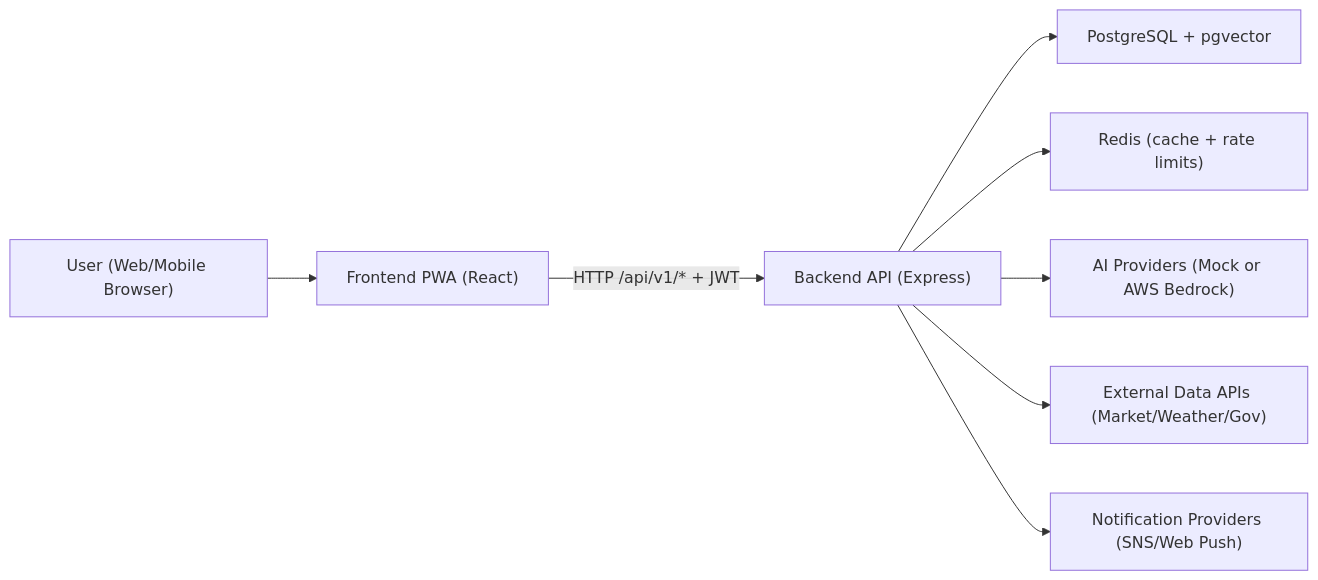
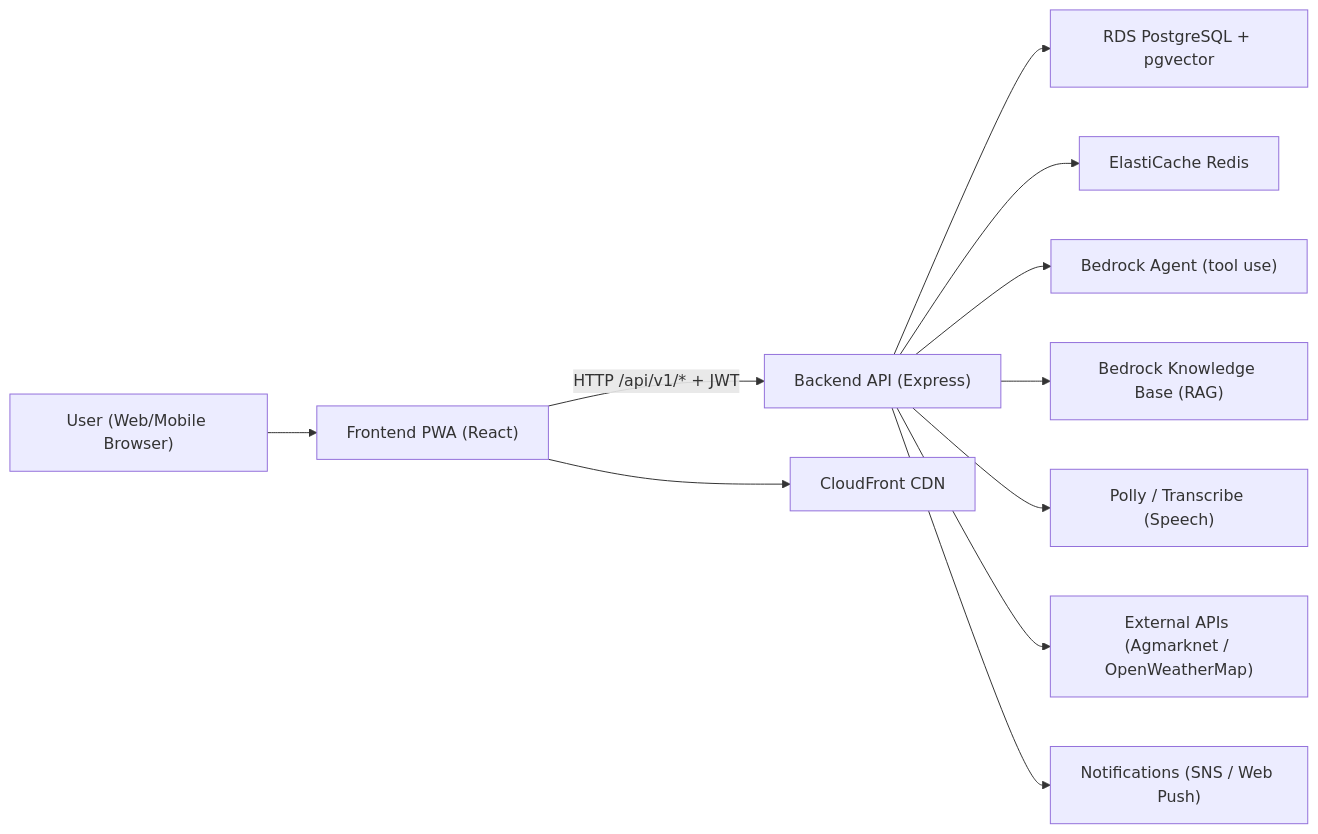
Before and after one commit to Notysoty/KrishiMitra-AI: the first of 2 diagrams in README.md, drawn with Mermaid. The commit also changed other lines of this file and 9 other files, not shown here.

````diff
--- a/README.md
+++ b/README.md
@@ -25,10 +124,13 @@
 ```mermaid
 flowchart LR
   U["User (Web/Mobile Browser)"] --> F["Frontend PWA (React)"]
   F -->|HTTP /api/v1/* + JWT| B["Backend API (Express)"]
-  B --> DB["PostgreSQL + pgvector"]
-  B --> R["Redis (cache + rate limits)"]
-  B --> A["AI Providers (Mock or AWS Bedrock)"]
-  B --> X["External Data APIs (Market/Weather/Gov)"]
-  B --> N["Notification Providers (SNS/Web Push)"]
+  B --> DB["RDS PostgreSQL + pgvector"]
+  B --> R["ElastiCache Redis"]
+  B --> AG["Bedrock Agent (tool use)"]
+  B --> KB["Bedrock Knowledge Base (RAG)"]
+  B --> SP["Polly / Transcribe (Speech)"]
+  B --> MK["External APIs (Agmarknet / OpenWeatherMap)"]
+  B --> NF["Notifications (SNS / Web Push)"]
+  F --> CF["CloudFront CDN"]
 ```
````
